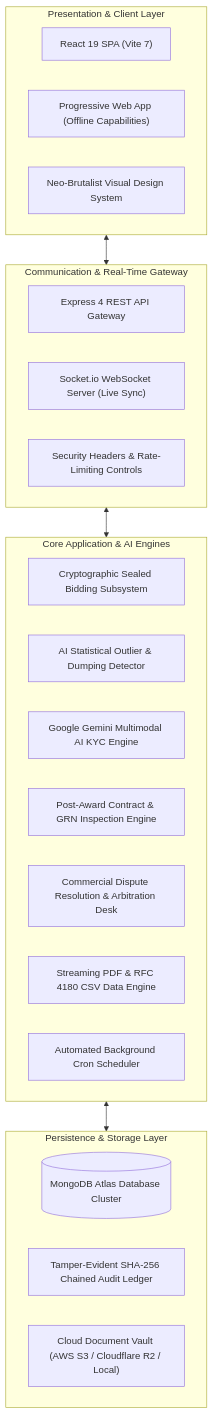
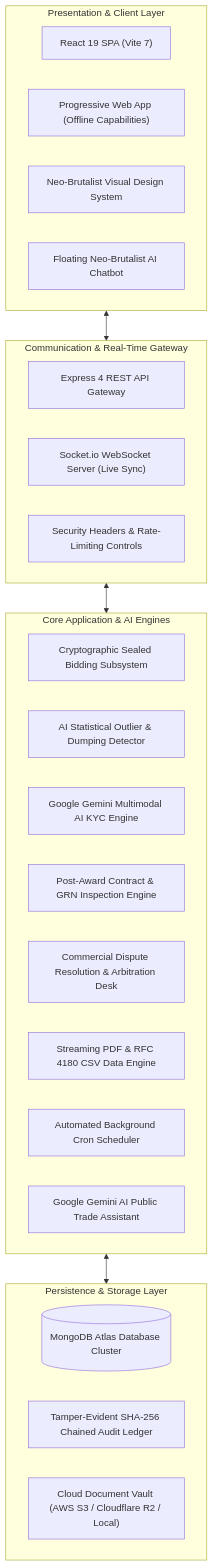
Before and after one commit to monithishanka/BidSync-Overview: the first of 2 diagrams in README.md, drawn with Mermaid. The commit also changed other lines of this file and 4 other files, not shown here.

Commit message:
docs: sync architecture, features, workflows, and security with chatbot, resend API, and admin rejection desk

````diff
--- a/README.md
+++ b/README.md
@@ -75,34 +78,36 @@
 ```mermaid
 flowchart TD
     subgraph Clients["Presentation & Client Layer"]
         C1["React 19 SPA (Vite 7)"]
         C2["Progressive Web App (Offline Capabilities)"]
         C3["Neo-Brutalist Visual Design System"]
+        C4["Floating Neo-Brutalist AI Chatbot"]
     end
 
     subgraph Gateway["Communication & Real-Time Gateway"]
         G1["Express 4 REST API Gateway"]
         G2["Socket.io WebSocket Server (Live Sync)"]
         G3["Security Headers & Rate-Limiting Controls"]
     end
 
     subgraph Core["Core Application & AI Engines"]
         E1["Cryptographic Sealed Bidding Subsystem"]
         E2["AI Statistical Outlier & Dumping Detector"]
         E3["Google Gemini Multimodal AI KYC Engine"]
         E4["Post-Award Contract & GRN Inspection Engine"]
         E5["Commercial Dispute Resolution & Arbitration Desk"]
         E6["Streaming PDF & RFC 4180 CSV Data Engine"]
         E7["Automated Background Cron Scheduler"]
+        E8["Google Gemini AI Public Trade Assistant"]
     end
 
     subgraph Data["Persistence & Storage Layer"]
         D1[("MongoDB Atlas Database Cluster")]
         D2["Tamper-Evident SHA-256 Chained Audit Ledger"]
         D3["Cloud Document Vault (AWS S3 / Cloudflare R2 / Local)"]
     end
 
     Clients <--> Gateway
     Gateway <--> Core
     Core <--> Data
 ```
````
